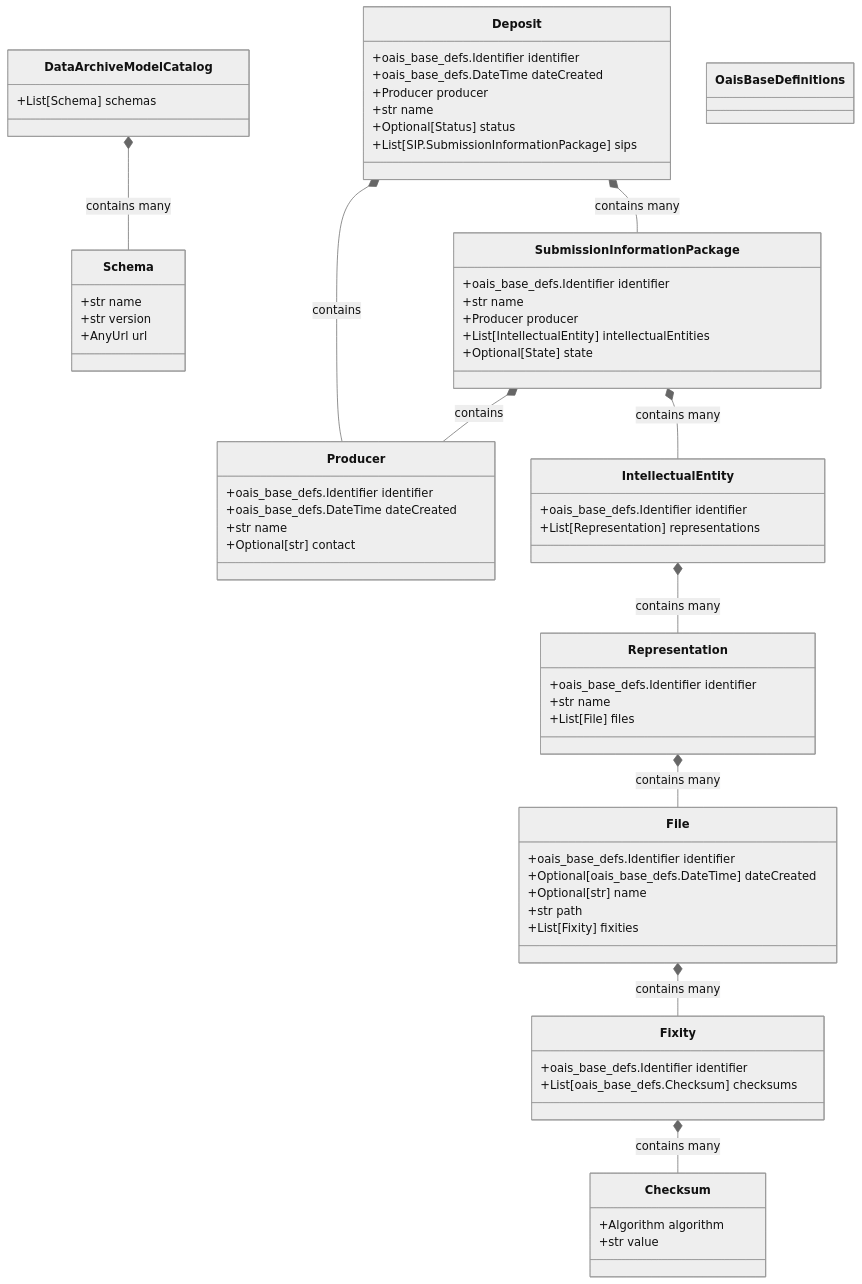
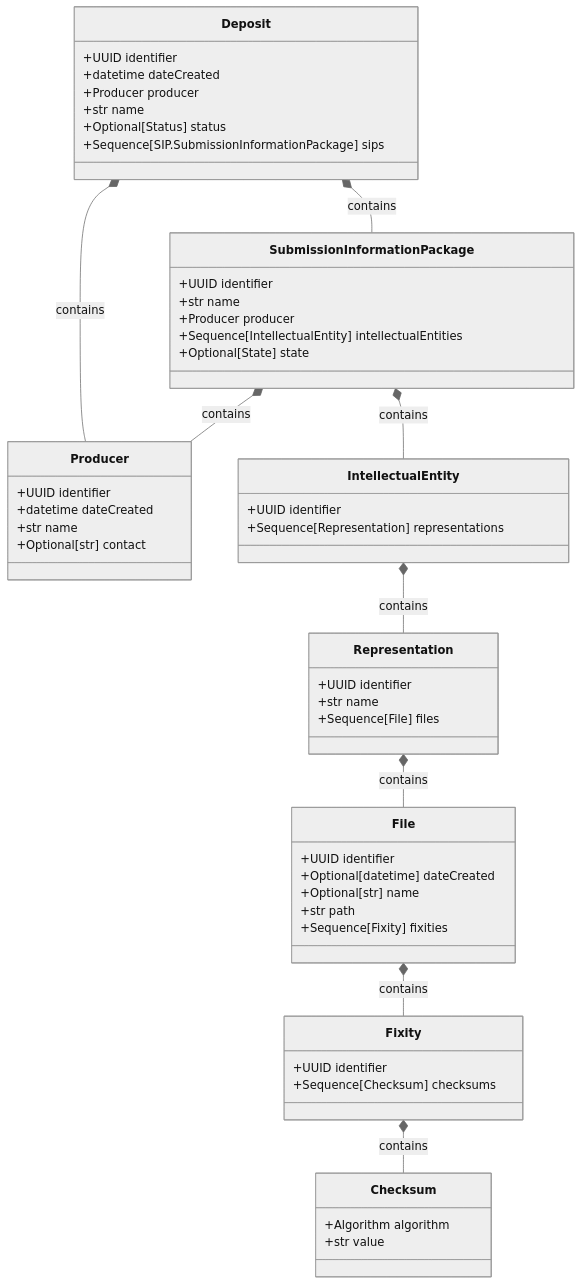
Before and after one commit to eth-library/data-archive-models: the diagram in README.md, drawn with Mermaid (neutral theme).

Commit message:
docs(readme): update Mermaid class diagram with refined OAIS schema definitions

````diff
--- a/README.md
+++ b/README.md
@@ -155,76 +155,64 @@
 ```mermaid
 classDiagram
-    class Schema {
-        +str name
-        +str version
-        +AnyUrl url
-    }
-    class DataArchiveModelCatalog {
-        %% Catalog of all schemas in the Data Archive Model
-        +List[Schema] schemas
+    class Checksum {
+        %% A checksum value with its algorithm
+        +Algorithm algorithm
+        +str value
     }
     class Deposit {
         %% An OAIS Deposit entity representing a submission from a Producer
-        +oais_base_defs.Identifier identifier
-        +oais_base_defs.DateTime dateCreated
+        +UUID identifier
+        +datetime dateCreated
         +Producer producer
         +str name
         +Optional[Status] status
-        +List[SIP.SubmissionInformationPackage] sips
+        +Sequence[SIP.SubmissionInformationPackage] sips
     }
     class SubmissionInformationPackage {
         %% An OAIS Submission Information Package (SIP) entity
-        +oais_base_defs.Identifier identifier
+        +UUID identifier
         +str name
         +Producer producer
-        +List[IntellectualEntity] intellectualEntities
+        +Sequence[IntellectualEntity] intellectualEntities
         +Optional[State] state
     }
     class Producer {
         %% An OAIS Producer entity that creates and submits content
-        +oais_base_defs.Identifier identifier
-        +oais_base_defs.DateTime dateCreated
+        +UUID identifier
+        +datetime dateCreated
         +str name
         +Optional[str] contact
     }
     class File {
         %% An OAIS File entity representing a digital file
-        +oais_base_defs.Identifier identifier
-        +Optional[oais_base_defs.DateTime] dateCreated
+        +UUID identifier
+        +Optional[datetime] dateCreated
         +Optional[str] name
         +str path
-        +List[Fixity] fixities
+        +Sequence[Fixity] fixities
     }
     class Fixity {
         %% An OAIS Fixity entity representing integrity information for a digital file
-        +oais_base_defs.Identifier identifier
-        +List[oais_base_defs.Checksum] checksums
+        +UUID identifier
+        +Sequence[Checksum] checksums
     }
     class Representation {
         %% An OAIS Representation entity representing a specific form of an Intellectual Entity
-        +oais_base_defs.Identifier identifier
+        +UUID identifier
         +str name
-        +List[File] files
+        +Sequence[File] files
     }
     class IntellectualEntity {
         %% An OAIS Intellectual Entity representing a conceptual object
-        +oais_base_defs.Identifier identifier
-        +List[Representation] representations
+        +UUID identifier
+        +Sequence[Representation] representations
     }
-    class OaisBaseDefinitions {
-        %% Common definitions used across OAIS schemas
-    }
-    class Checksum {
-        +Algorithm algorithm
-        +str value
-    }
-    DataArchiveModelCatalog *-- Schema : contains many
-    Representation *-- File : contains many
-    Deposit *-- SubmissionInformationPackage : contains many
+    Representation *-- File : contains
     SubmissionInformationPackage *-- Producer : contains
-    IntellectualEntity *-- Representation : contains many
-    SubmissionInformationPackage *-- IntellectualEntity : contains many
-    Fixity *-- Checksum : contains many
-    File *-- Fixity : contains many
+    Fixity *-- Checksum : contains
+    File *-- Fixity : contains
+    SubmissionInformationPackage *-- IntellectualEntity : contains
+    Deposit *-- SubmissionInformationPackage : contains
     Deposit *-- Producer : contains
+    IntellectualEntity *-- Representation : contains
 ```
````
